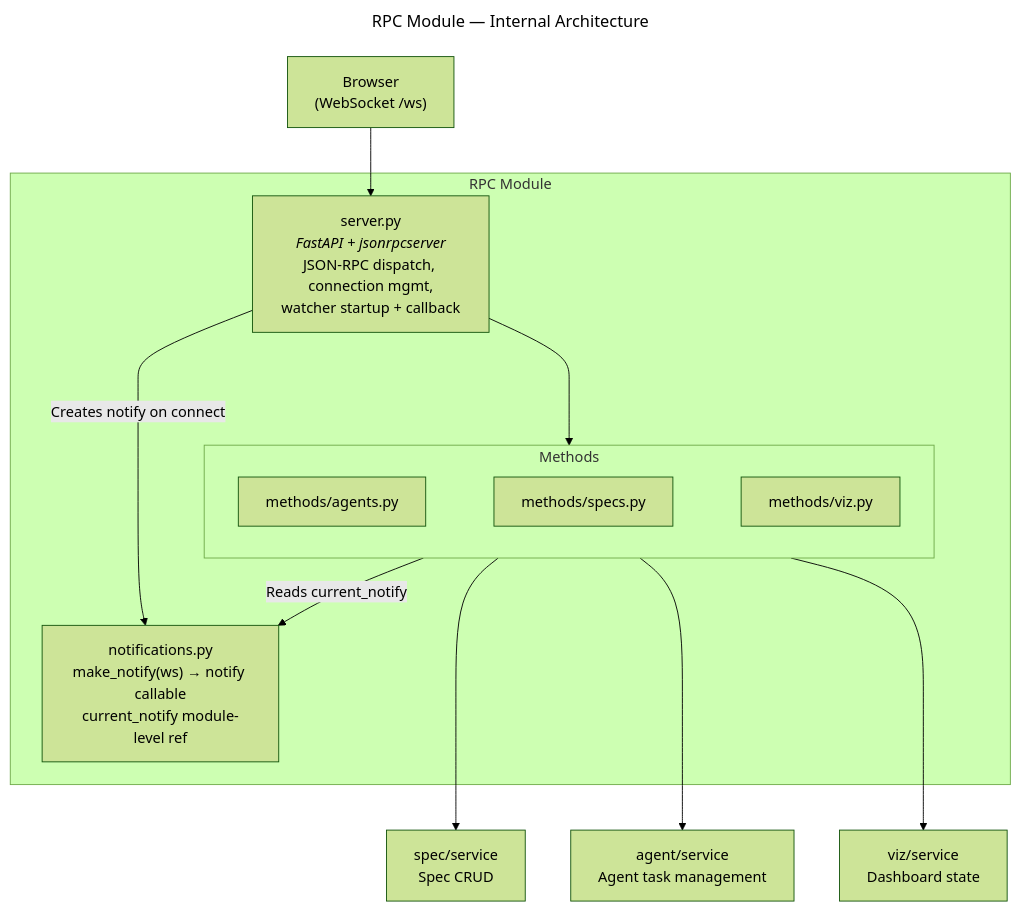
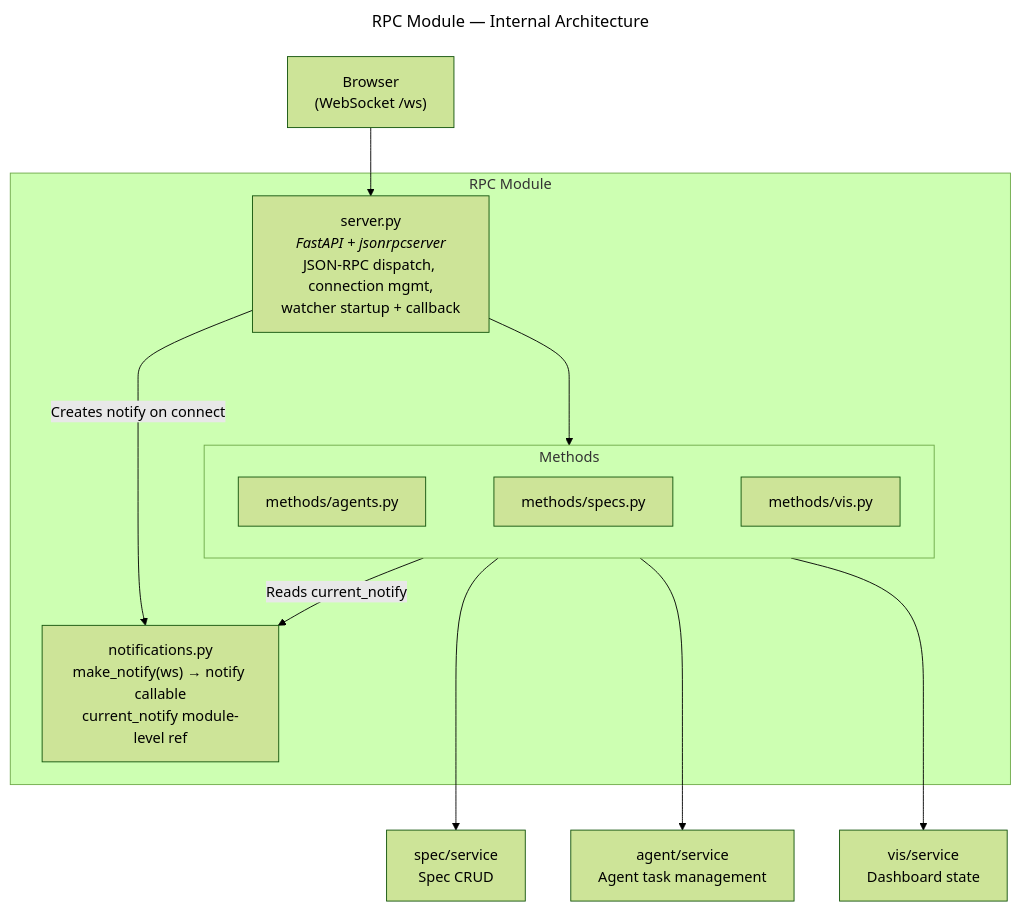
Before and after one commit to JetBrains/thinkrail: the first of 3 diagrams in backend/app/rpc/README.md, drawn with Mermaid (forest theme). The commit also changed other lines of this file and 65 other files, not shown here.

First line of the commit message:
Add Mermaid enhancements, zoom controls, comparison diagrams; rename viz→vis

````diff
--- a/backend/app/rpc/README.md
+++ b/backend/app/rpc/README.md
@@ -148,31 +148,31 @@
 ```mermaid
 ---
 title: RPC Module — Internal Architecture
 ---
 graph TD
     Browser["Browser<br/>(WebSocket /ws)"]
 
     Browser --> Server
 
     subgraph RPCModule["RPC Module"]
         Server["server.py<br/><i>FastAPI + jsonrpcserver</i><br/>JSON-RPC dispatch, connection mgmt,<br/>watcher startup + callback"]
         subgraph Methods["Methods"]
           direction LR
           Specs["methods/specs.py"]
           Agents["methods/agents.py"]
-          Viz["methods/viz.py"]
-          Agents ~~~ Specs ~~~ Viz
+          Vis["methods/vis.py"]
+          Agents ~~~ Specs ~~~ Vis
         end
         Server ---> Methods
         Server -- "Creates notify on connect" --> Notify["notifications.py<br/>make_notify(ws) → notify callable<br/>current_notify module-level ref"]
         Agents -- "Reads current_notify" --> Notify
     end
 
     SpecSvc["spec/service<br/>Spec CRUD"]
     AgentSvc["agent/service<br/>Agent task management"]
-    VizSvc["viz/service<br/>Dashboard state"]
+    VisSvc["vis/service<br/>Dashboard state"]
 
     Specs ---> SpecSvc
     Agents ---> AgentSvc
-    Viz ---> VizSvc
+    Vis ---> VisSvc
 ```
````
